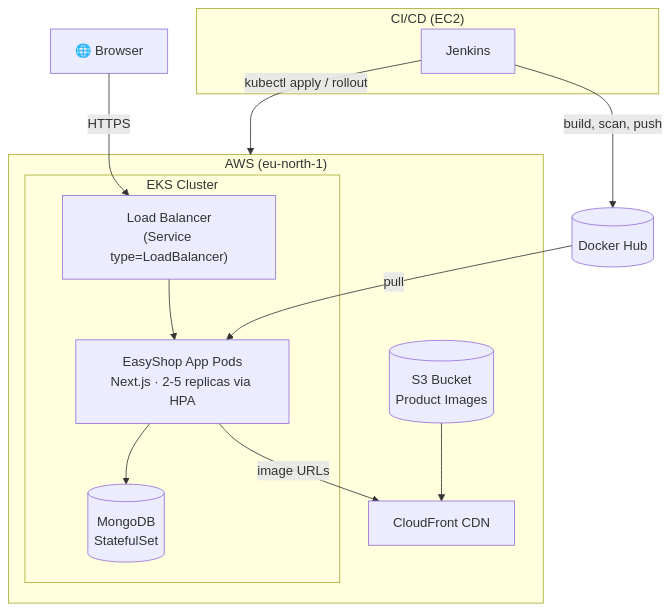
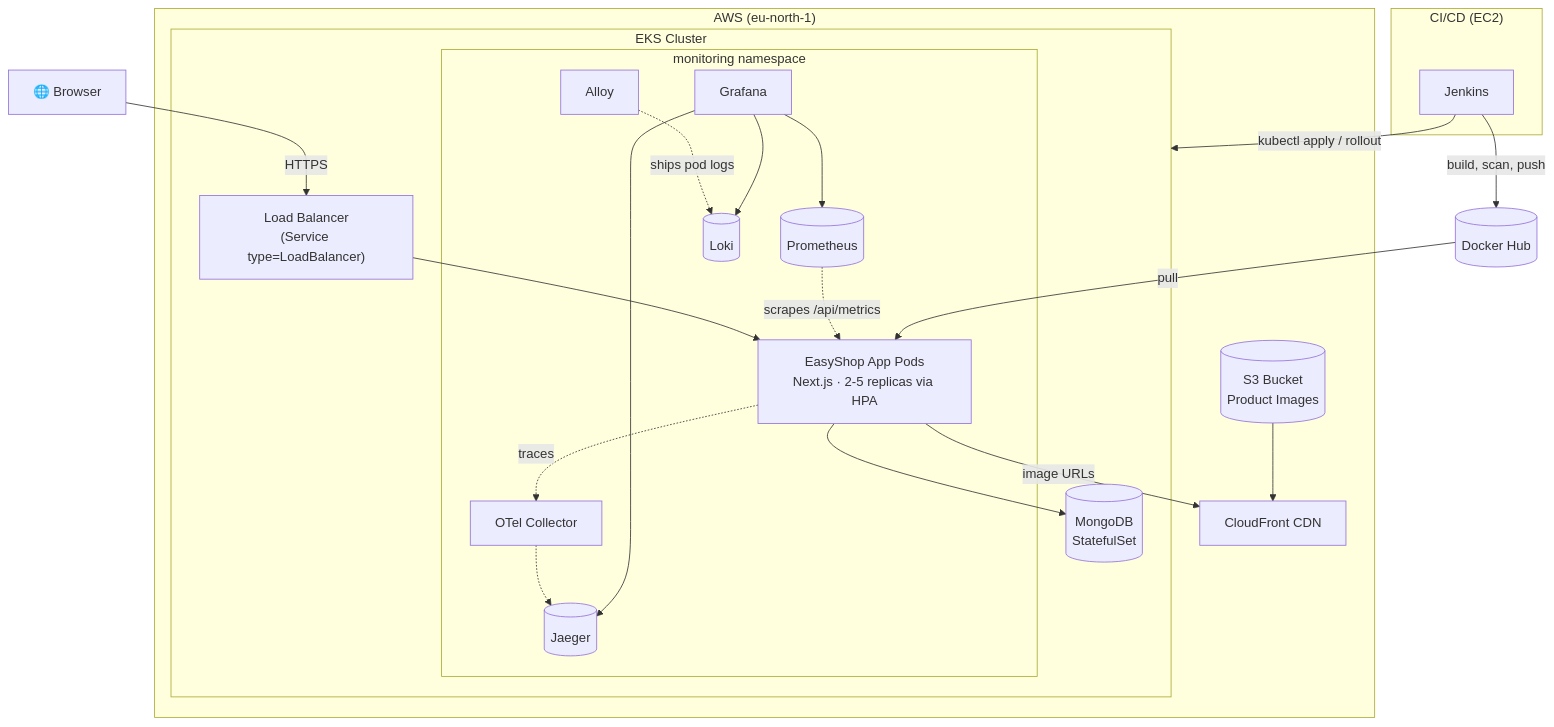
Before and after one commit to IshuAgrawal11/easyshop-update-v2: the first of 3 diagrams in Readme.md, drawn with Mermaid. The commit also changed other lines of this file and 36 other files, not shown here.

````diff
--- a/Readme.md
+++ b/Readme.md
@@ -102,29 +110,45 @@
 ```mermaid
 flowchart TB
     Browser["🌐 Browser"]
 
     subgraph AWS["AWS (eu-north-1)"]
         subgraph EKS["EKS Cluster"]
             ELB["Load Balancer\n(Service type=LoadBalancer)"]
             App["EasyShop App Pods\nNext.js · 2-5 replicas via HPA"]
             Mongo[("MongoDB\nStatefulSet")]
             ELB --> App
             App --> Mongo
+
+            subgraph OBS["monitoring namespace"]
+                OTel["OTel Collector"]
+                Prom[("Prometheus")]
+                LokiDB[("Loki")]
+                JaegerDB[("Jaeger")]
+                Grafana["Grafana"]
+                Alloy["Alloy"]
+                App -.traces.-> OTel
+                OTel -.-> JaegerDB
+                Prom -.scrapes /api/metrics.-> App
+                Alloy -.ships pod logs.-> LokiDB
+                Grafana --> Prom
+                Grafana --> LokiDB
+                Grafana --> JaegerDB
+            end
         end
         S3[("S3 Bucket\nProduct Images")]
         CF["CloudFront CDN"]
         S3 --> CF
     end
 
     subgraph CI["CI/CD (EC2)"]
         Jenkins["Jenkins"]
     end
 
     Registry[("Docker Hub")]
 
     Browser -->|HTTPS| ELB
     App -->|image URLs| CF
     Jenkins -->|build, scan, push| Registry
     Registry -->|pull| App
     Jenkins -->|kubectl apply / rollout| EKS
 ```
````
